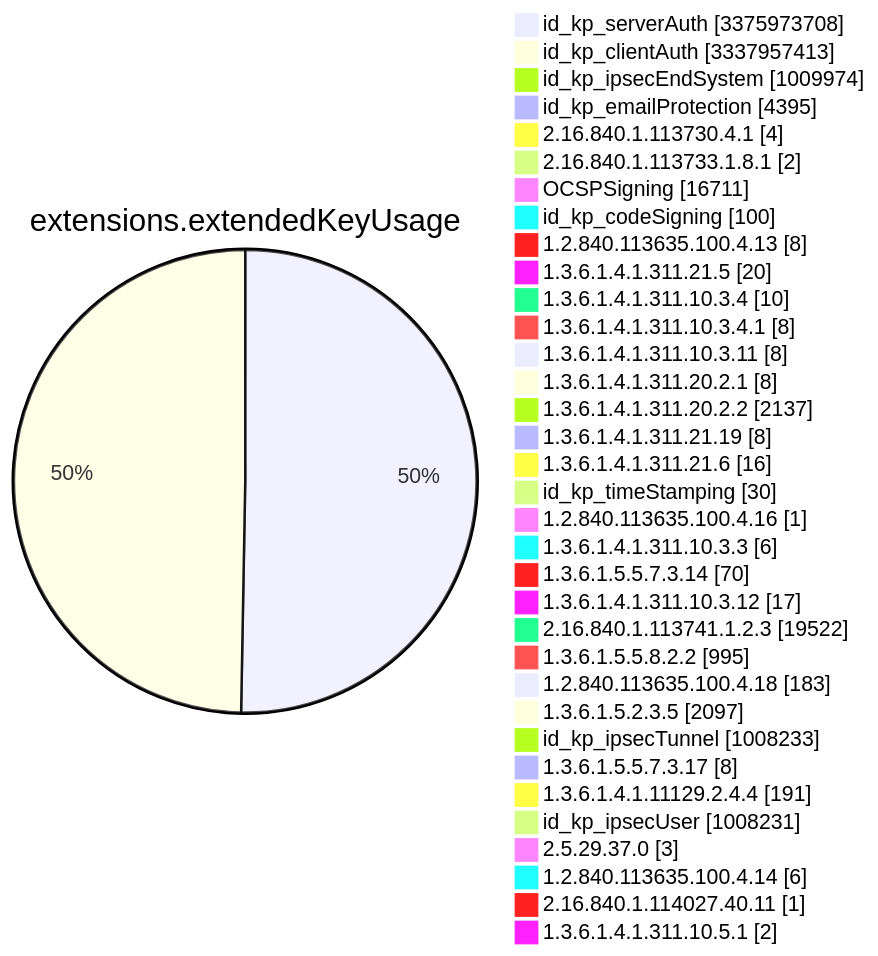
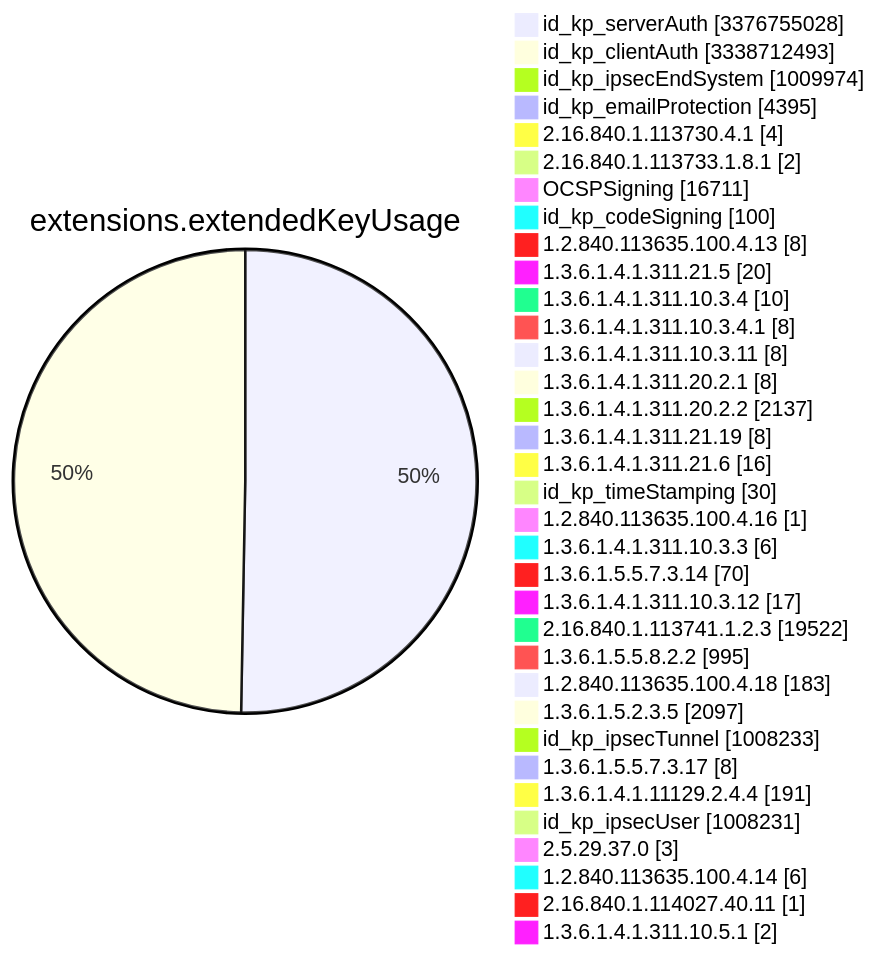
Diagram 11 of 15 in TOTAL/README.md (christiankrug/ctmonitor_visualization), drawn with Mermaid before and after one commit. The commit also changed other lines of this file, not shown here.

````diff
--- a/TOTAL/README.md
+++ b/TOTAL/README.md
@@ -4120,38 +4120,38 @@
 ```mermaid
 pie showData
 title extensions.extendedKeyUsage
-"id_kp_serverAuth" :3375973708
-"id_kp_clientAuth" :3337957413
+"id_kp_serverAuth" :3376755028
+"id_kp_clientAuth" :3338712493
 "id_kp_ipsecEndSystem" :1009974
 "id_kp_emailProtection" :4395
 "2.16.840.1.113730.4.1" :4
 "2.16.840.1.113733.1.8.1" :2
 "OCSPSigning" :16711
 "id_kp_codeSigning" :100
 "1.2.840.113635.100.4.13" :8
 "1.3.6.1.4.1.311.21.5" :20
 "1.3.6.1.4.1.311.10.3.4" :10
 "1.3.6.1.4.1.311.10.3.4.1" :8
 "1.3.6.1.4.1.311.10.3.11" :8
 "1.3.6.1.4.1.311.20.2.1" :8
 "1.3.6.1.4.1.311.20.2.2" :2137
 "1.3.6.1.4.1.311.21.19" :8
 "1.3.6.1.4.1.311.21.6" :16
 "id_kp_timeStamping" :30
 "1.2.840.113635.100.4.16" :1
 "1.3.6.1.4.1.311.10.3.3" :6
 "1.3.6.1.5.5.7.3.14" :70
 "1.3.6.1.4.1.311.10.3.12" :17
 "2.16.840.1.113741.1.2.3" :19522
 "1.3.6.1.5.5.8.2.2" :995
 "1.2.840.113635.100.4.18" :183
 "1.3.6.1.5.2.3.5" :2097
 "id_kp_ipsecTunnel" :1008233
 "1.3.6.1.5.5.7.3.17" :8
 "1.3.6.1.4.1.11129.2.4.4" :191
 "id_kp_ipsecUser" :1008231
 "2.5.29.37.0" :3
 "1.2.840.113635.100.4.14" :6
 "2.16.840.1.114027.40.11" :1
 "1.3.6.1.4.1.311.10.5.1" :2
 ```
````
